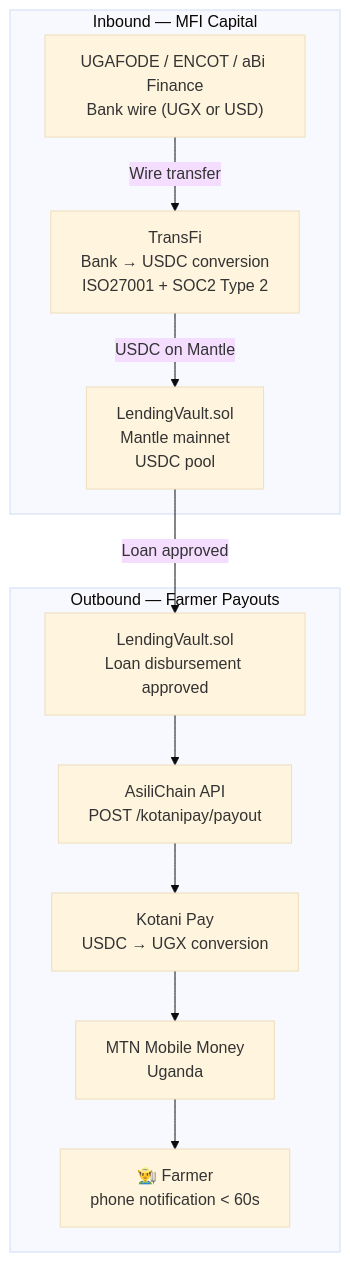
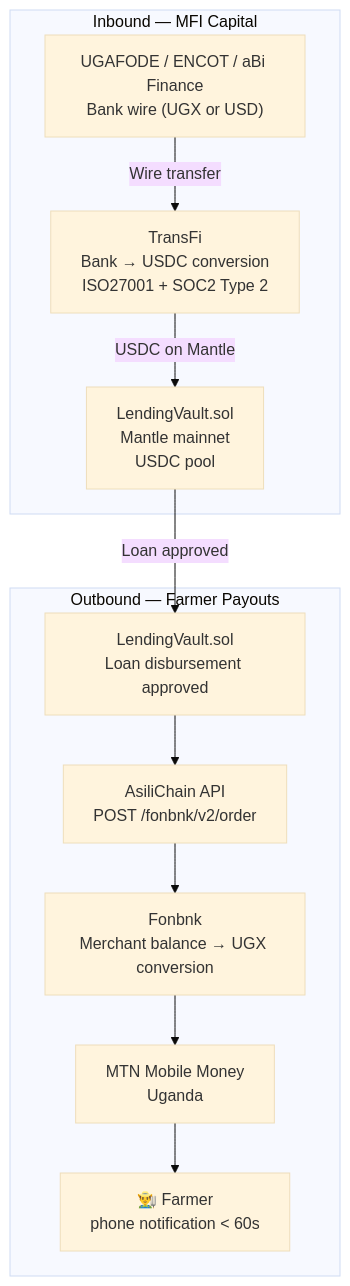
Before and after one commit to AsiliChain/docs: the diagram in src/content/docs/developer/payment-architecture.mdx, drawn with Mermaid (base theme). The commit also changed other lines of this file and 35 other files, not shown here.

First line of the commit message:
docs(integrations): migrate docs from Kotani Pay to Fonbnk payment provider

````diff
--- a/src/content/docs/developer/payment-architecture.mdx
+++ b/src/content/docs/developer/payment-architecture.mdx
@@ -11,29 +11,29 @@
 ```mermaid
 graph TD
     subgraph INBOUND ["Inbound — MFI Capital"]
         MFI["UGAFODE / ENCOT / aBi Finance
 Bank wire (UGX or USD)"]
         TF["TransFi
 Bank → USDC conversion
 ISO27001 + SOC2 Type 2"]
         LV["LendingVault.sol
 Mantle mainnet
 USDC pool"]
     end
     subgraph OUTBOUND ["Outbound — Farmer Payouts"]
         LV2["LendingVault.sol
 Loan disbursement approved"]
         API["AsiliChain API
-POST /kotanipay/payout"]
-        KP["Kotani Pay
-USDC → UGX conversion"]
+POST /fonbnk/v2/order"]
+        FB["Fonbnk
+Merchant balance → UGX conversion"]
         MTN["MTN Mobile Money
 Uganda"]
         F["👨‍🌾 Farmer
 phone notification < 60s"]
     end
     MFI -->|"Wire transfer"| TF
     TF -->|"USDC on Mantle"| LV
     LV -->|"Loan approved"| LV2
-    LV2 --> API --> KP --> MTN --> F
+    LV2 --> API --> FB --> MTN --> F
 ```
````
